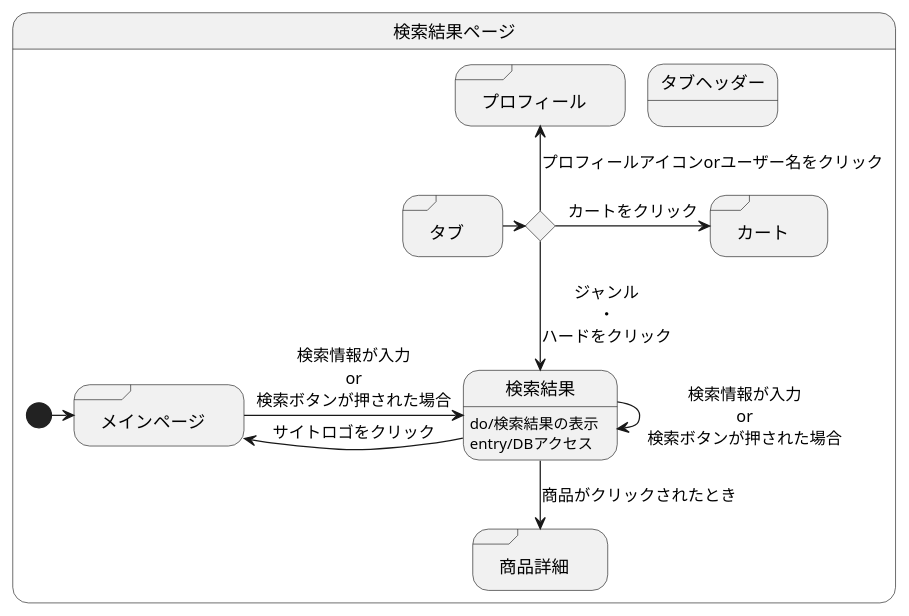
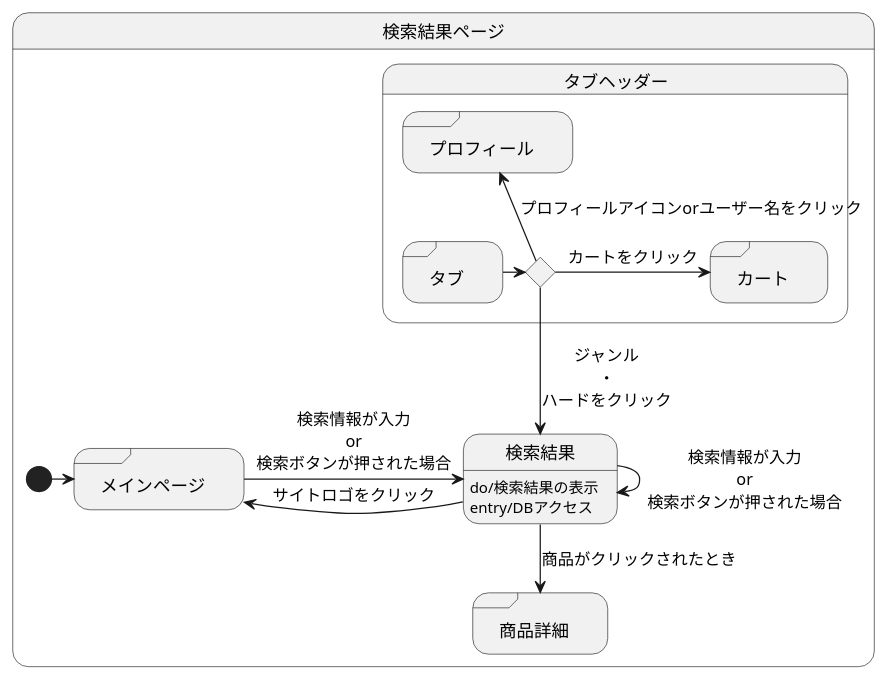
One commit to akutori/T-D-E changed the diagram in 検索結果.md. Above: the diagram before and after it, drawn with PlantUML.

Commit message:
修正

````diff
--- a/検索結果.md
+++ b/検索結果.md
@@ -1,30 +1,33 @@
 ```uml
 @startuml
 state 検索結果ページ{
 
-    state ifinput <<choice>>
+
     state 検索結果:do/検索結果の表示
     state 検索結果:entry/DBアクセス
     state "商品詳細" as goodsdetail <<sdlreceive>>
     state "メインページ" as mainpage <<sdlreceive>>
-    state "タブ" as tab <<sdlreceive>>
-    state "カート" as cart <<sdlreceive>>
-    state "プロフィール" as profile <<sdlreceive>>
+
 
     [*] -> mainpage
     mainpage -> 検索結果 :検索情報が入力\nor\n検索ボタンが押された場合
     検索結果 --> goodsdetail :商品がクリックされたとき
     検索結果 --> 検索結果 :検索情報が入力\nor\n検索ボタンが押された場合
     検索結果 -left-> mainpage :サイトロゴをクリック
 
     state タブヘッダー{
+        state ifinput <<choice>>
+        state "タブ" as tab <<sdlreceive>>
+        state "カート" as cart <<sdlreceive>>
+        state "プロフィール" as profile <<sdlreceive>>
+        
         tab -> ifinput 
         ifinput --> 検索結果 :ジャンル\n・\nハードをクリック
         ifinput -> cart :カートをクリック
         ifinput -up-> profile :プロフィールアイコンorユーザー名をクリック
     }
 
 }
 
 @enduml
 ```
````
